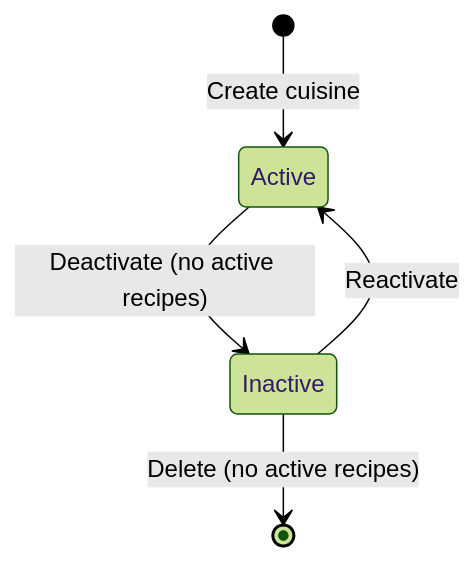
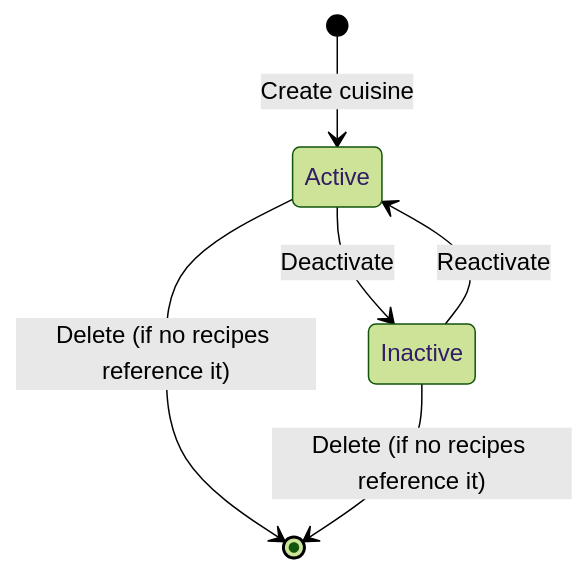
The diagram in en/inventory/recipe/cuisine.md (CarmenSoftware-organization/carmen-wiki), drawn with Mermaid (forest theme) before and after one commit. The commit also changed other lines of this file and 20 other files, not shown here.

Commit message:
fix(product,master-data,recipe): correct 13 diagrams against code, drop disabled-export diagram (review round 1)

````diff
--- a/en/inventory/recipe/cuisine.md
+++ b/en/inventory/recipe/cuisine.md
@@ -40,7 +40,8 @@
 ```mermaid
 stateDiagram-v2
     [*] --> Active: Create cuisine
-    Active --> Inactive: Deactivate (no active recipes)
+    Active --> Inactive: Deactivate
     Inactive --> Active: Reactivate
-    Inactive --> [*]: Delete (no active recipes)
+    Active --> [*]: Delete (if no recipes reference it)
+    Inactive --> [*]: Delete (if no recipes reference it)
 ```
````
